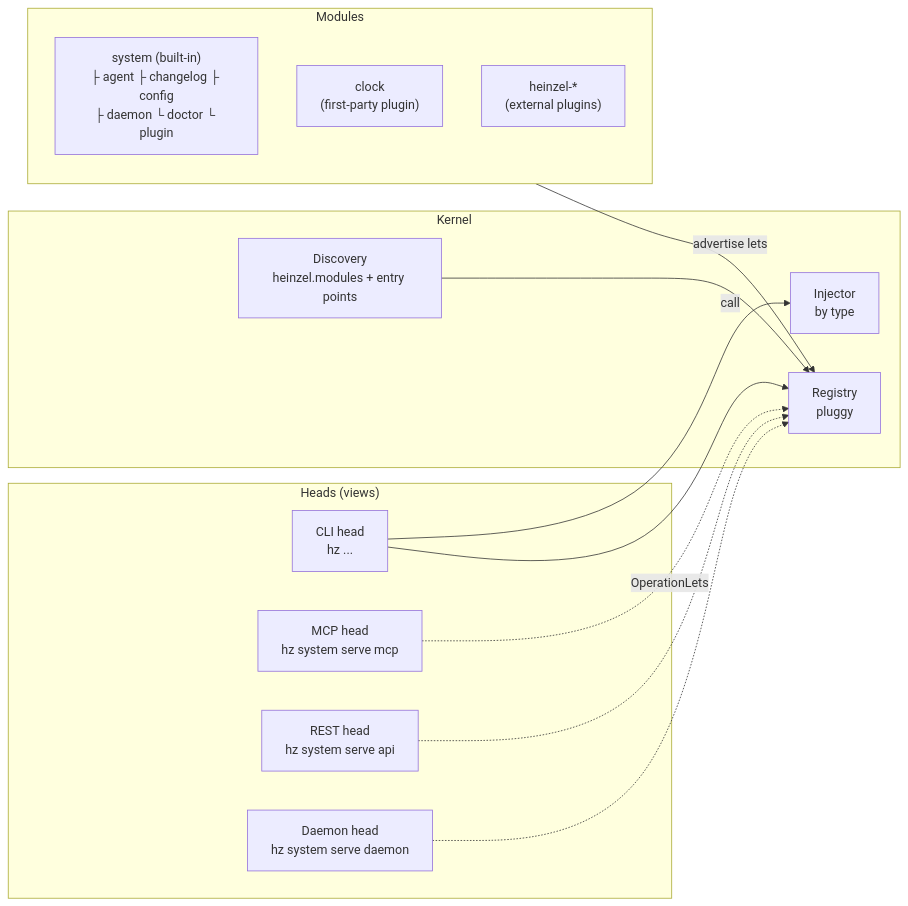
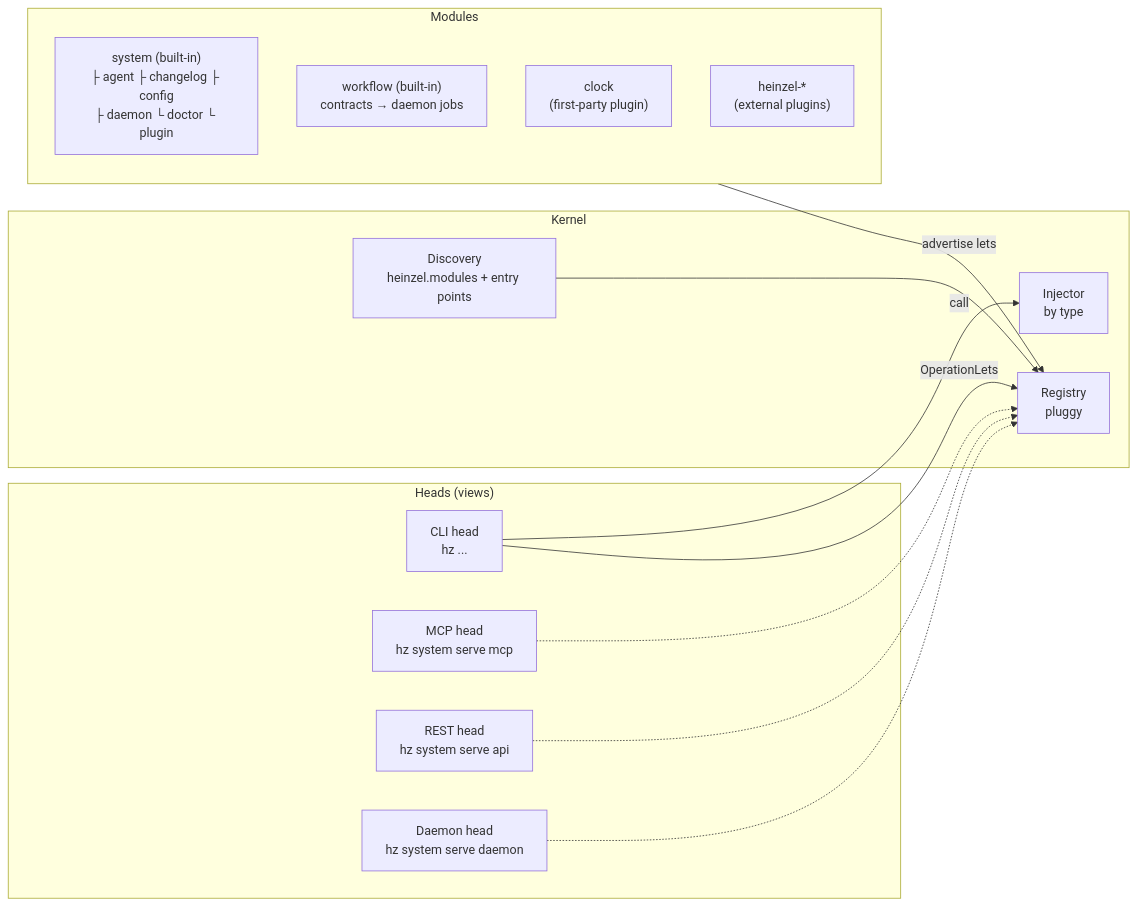
Before and after one commit to helmut-hoffer-von-ankershoffen/heinzel: the diagram in docs/ARCHITECTURE.md, drawn with Mermaid. The commit also changed other lines of this file and 5 other files, not shown here.

First line of the commit message:
docs(adr): record what 0.2 builds of workflow contracts

````diff
--- a/docs/ARCHITECTURE.md
+++ b/docs/ARCHITECTURE.md
@@ -5,26 +5,27 @@
 ```mermaid
 flowchart LR
     subgraph Heads["Heads (views)"]
         CLI["CLI head<br/>hz ..."]
         MCP["MCP head<br/>hz system serve mcp"]
         REST["REST head<br/>hz system serve api"]
         Daemon["Daemon head<br/>hz system serve daemon"]
     end
     subgraph Kernel
         Discovery["Discovery<br/>heinzel.modules + entry points"]
         Registry["Registry<br/>pluggy"]
         Injector["Injector<br/>by type"]
     end
     subgraph Modules
         System["system (built-in)<br/>├ agent ├ changelog ├ config<br/>├ daemon └ doctor └ plugin"]
+        Workflow["workflow (built-in)<br/>contracts → daemon jobs"]
         Clock["clock<br/>(first-party plugin)"]
         Ext["heinzel-*<br/>(external plugins)"]
     end
     Discovery --> Registry
     Modules -- "advertise lets" --> Registry
     CLI -- "OperationLets" --> Registry
     MCP -.-> Registry
     REST -.-> Registry
     Daemon -.-> Registry
     CLI -- "call" --> Injector
 ```
````
